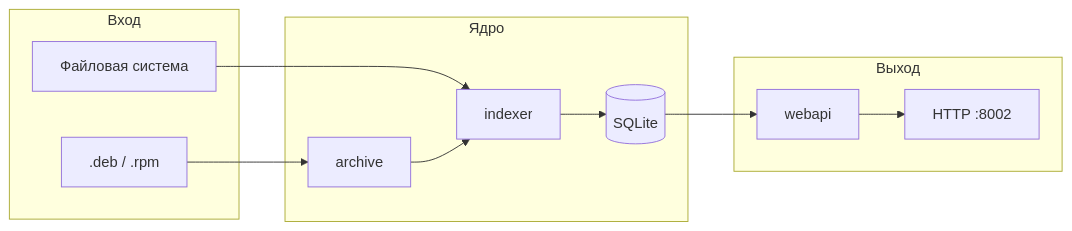
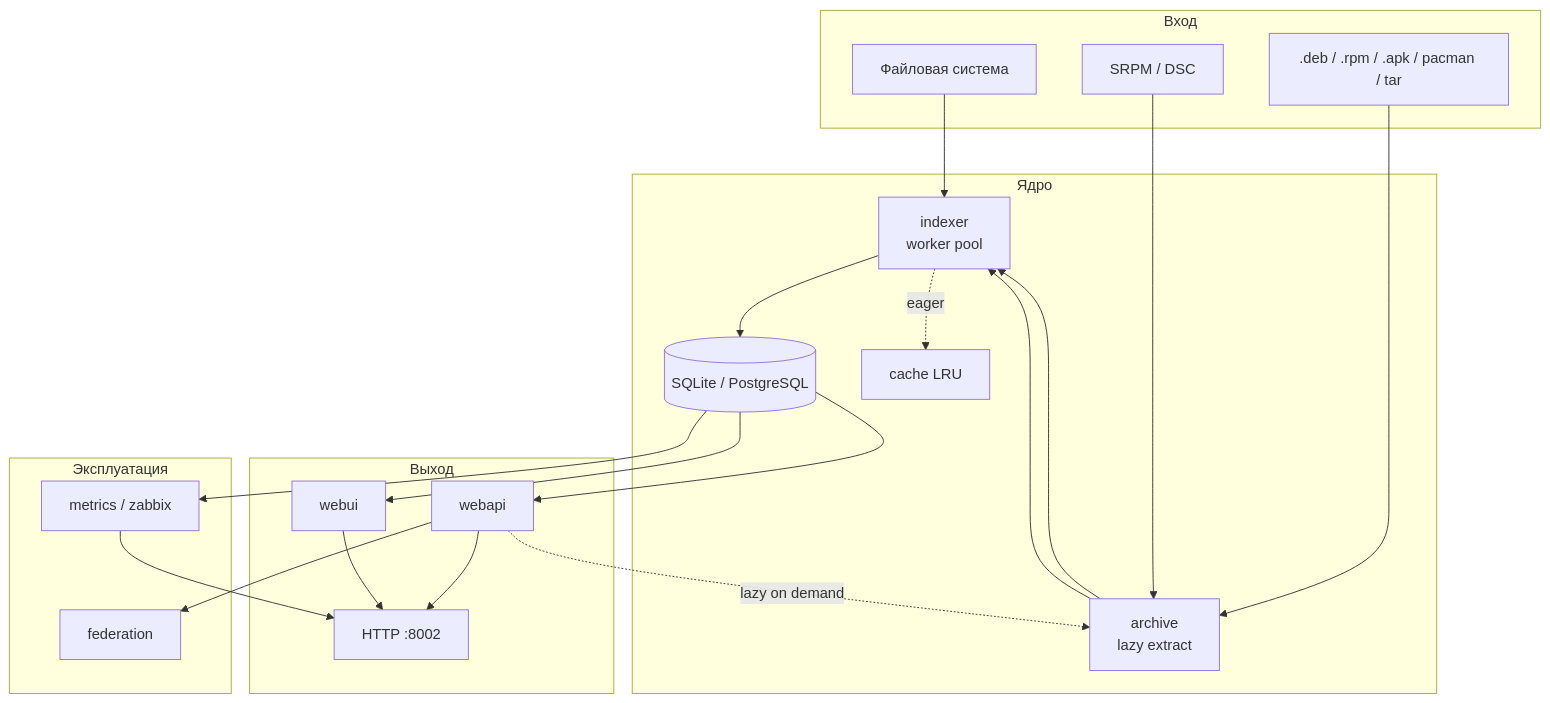
One commit to RioTwWks/debuginfod-go changed the diagram in DEVELOPMENT.md. Above: the diagram before and after it, drawn with Mermaid. The commit also changed other lines of this file and 7 other files, not shown here.

````diff
--- a/DEVELOPMENT.md
+++ b/DEVELOPMENT.md
@@ -9,23 +9,40 @@
 ```mermaid
-flowchart LR
+flowchart TB
     subgraph input [Вход]
         FS[Файловая система]
-        DEB[.deb / .rpm]
+        PKG[".deb / .rpm / .apk / pacman / tar"]
+        SRC["SRPM / DSC"]
     end
 
     subgraph core [Ядро]
-        IDX[indexer]
-        ARC[archive]
-        ST[(SQLite)]
+        IDX[indexer<br/>worker pool]
+        ARC[archive<br/>lazy extract]
+        ST[(SQLite / PostgreSQL)]
+        CACHE[cache LRU]
     end
 
     subgraph output [Выход]
         API[webapi]
+        UI[webui]
         HTTP[HTTP :8002]
     end
 
+    subgraph ops [Эксплуатация]
+        MET[metrics / zabbix]
+        FED[federation]
+    end
+
     FS --> IDX
-    DEB --> ARC --> IDX
+    PKG --> ARC --> IDX
+    SRC --> ARC --> IDX
     IDX --> ST
-    ST --> API --> HTTP
+    IDX -.->|eager| CACHE
+    API -.->|lazy on demand| ARC
+    ST --> API
+    ST --> UI
+    ST --> MET
+    API --> FED
+    API --> HTTP
+    UI --> HTTP
+    MET --> HTTP
 ```
````
